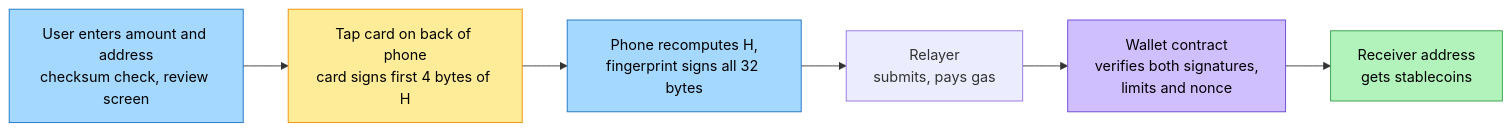
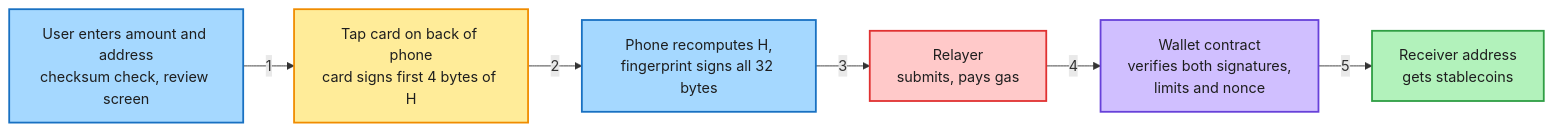
One commit to team-somehow/tap2eth changed the sixth of 8 diagrams in docs/WHITEPAPER.md. Above: the diagram before and after it, drawn with Mermaid. The commit also changed other lines of this file and 1 other file, not shown here.

First line of the commit message:
docs: shorten the white paper and spec, add reader-card diagrams

````diff
--- a/docs/WHITEPAPER.md
+++ b/docs/WHITEPAPER.md
@@ -211,16 +249,20 @@
 ```mermaid
 flowchart LR
     U["User enters amount and address<br/>checksum check, review screen"]:::phone
     C["Tap card on back of phone<br/>card signs first 4 bytes of H"]:::card
     P["Phone recomputes H,<br/>fingerprint signs all 32 bytes"]:::phone
-    L["Relayer<br/>submits, pays gas"]
+    L["Relayer<br/>submits, pays gas"]:::relayer
     W["Wallet contract<br/>verifies both signatures,<br/>limits and nonce"]:::chain
     R["Receiver address<br/>gets stablecoins"]:::receiver
-    U --> C --> P --> L --> W --> R
+    U -->|"1"| C
+    C -->|"2"| P
+    P -->|"3"| L
+    L -->|"4"| W
+    W -->|"5"| R
 
-    classDef card fill:#ffec99,stroke:#f08c00,color:#000
-    classDef phone fill:#a5d8ff,stroke:#1971c2,color:#000
-    classDef chain fill:#d0bfff,stroke:#6741d9,color:#000
-    classDef receiver fill:#b2f2bb,stroke:#2f9e44,color:#000
-    classDef recovery fill:#ffd8a8,stroke:#e8590c,color:#000
+    classDef card fill:#ffec99,stroke:#f08c00,stroke-width:2px,color:#1e1e1e
+    classDef phone fill:#a5d8ff,stroke:#1971c2,stroke-width:2px,color:#1e1e1e
+    classDef chain fill:#d0bfff,stroke:#6741d9,stroke-width:2px,color:#1e1e1e
+    classDef receiver fill:#b2f2bb,stroke:#2f9e44,stroke-width:2px,color:#1e1e1e
+    classDef relayer fill:#ffc9c9,stroke:#e03131,stroke-width:2px,color:#1e1e1e
 ```
````
